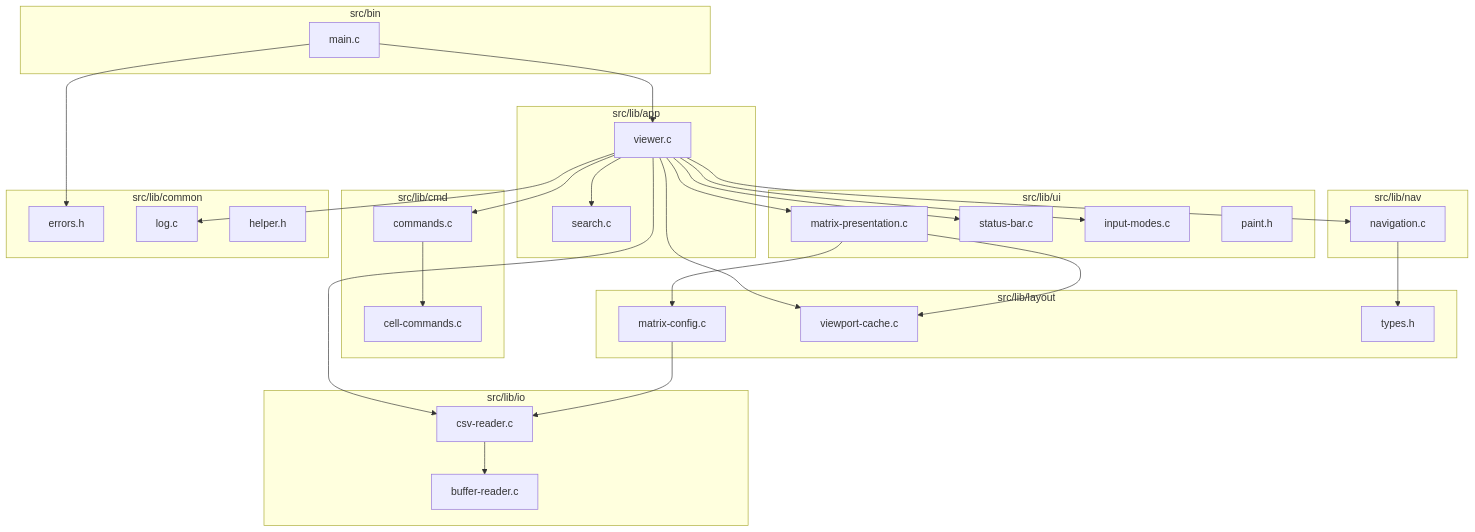
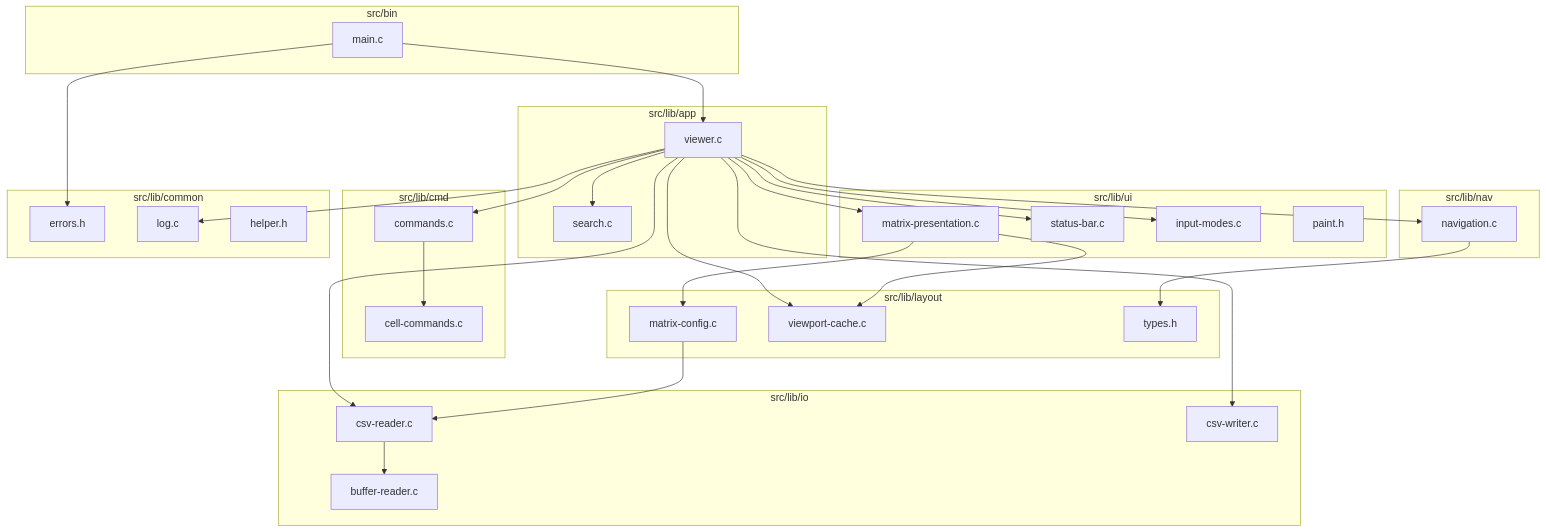
One commit to vepo/csvi changed the diagram in docs/architecture.md. Above: the diagram before and after it, drawn with Mermaid. The commit also changed other lines of this file and 57 other files, not shown here.

````diff
--- a/docs/architecture.md
+++ b/docs/architecture.md
@@ -7,55 +7,57 @@
 ```mermaid
 flowchart TB
     subgraph bin [src/bin]
         main[main.c]
     end
     subgraph app [src/lib/app]
         viewer[viewer.c]
         search[search.c]
     end
     subgraph cmd [src/lib/cmd]
         cellCmd[cell-commands.c]
         commands[commands.c]
     end
     subgraph ui [src/lib/ui]
         presentation[matrix-presentation.c]
         statusBar[status-bar.c]
         inputModes[input-modes.c]
         paint[paint.h]
     end
     subgraph nav [src/lib/nav]
         navigation[navigation.c]
     end
     subgraph layout [src/lib/layout]
         matrixConfig[matrix-config.c]
         viewportCache[viewport-cache.c]
         types[types.h]
     end
     subgraph io [src/lib/io]
         csvReader[csv-reader.c]
+        csvWriter[csv-writer.c]
         bufferReader[buffer-reader.c]
     end
     subgraph common [src/lib/common]
         errors[errors.h]
         log[log.c]
         helper[helper.h]
     end
 
     main --> viewer
     viewer --> presentation
     viewer --> statusBar
     viewer --> inputModes
     viewer --> navigation
     viewer --> commands
     viewer --> search
     viewer --> viewportCache
     viewer --> csvReader
+    viewer --> csvWriter
     commands --> cellCmd
     presentation --> matrixConfig
     presentation --> viewportCache
     navigation --> types
     matrixConfig --> csvReader
     csvReader --> bufferReader
     main --> errors
     viewer --> log
 ```
````
